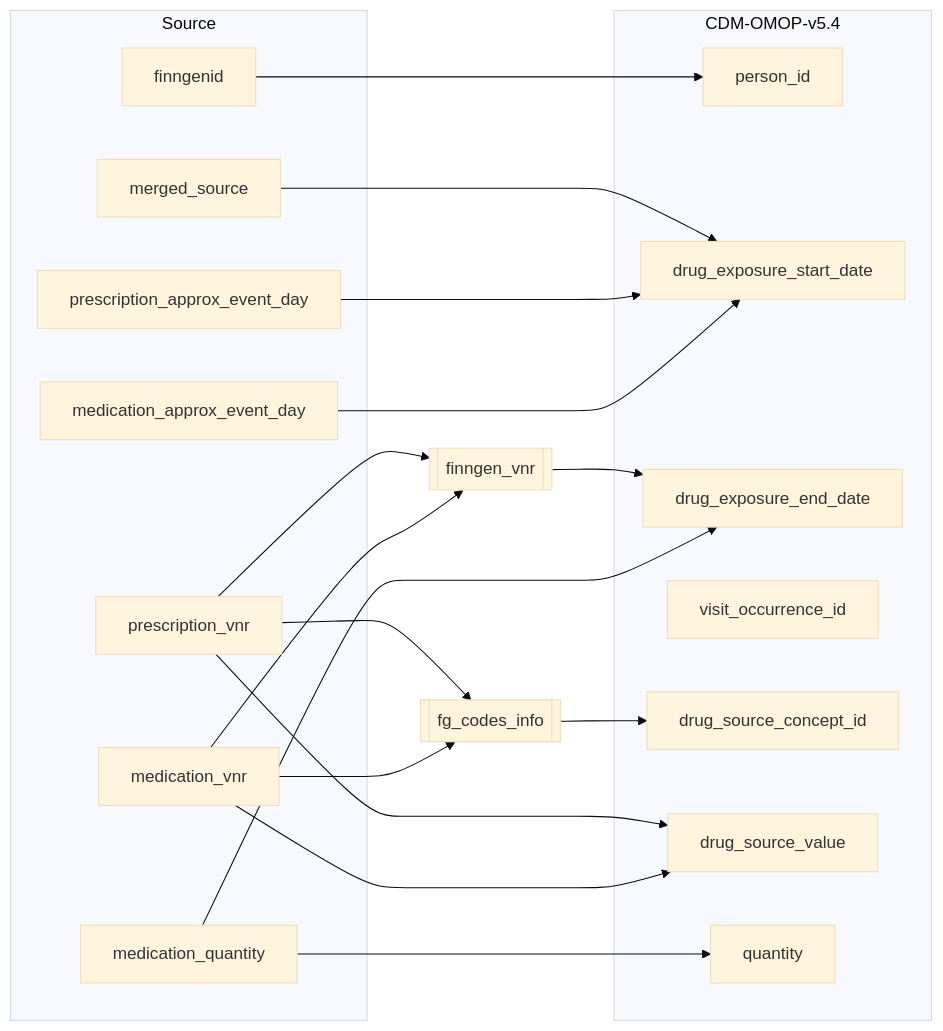
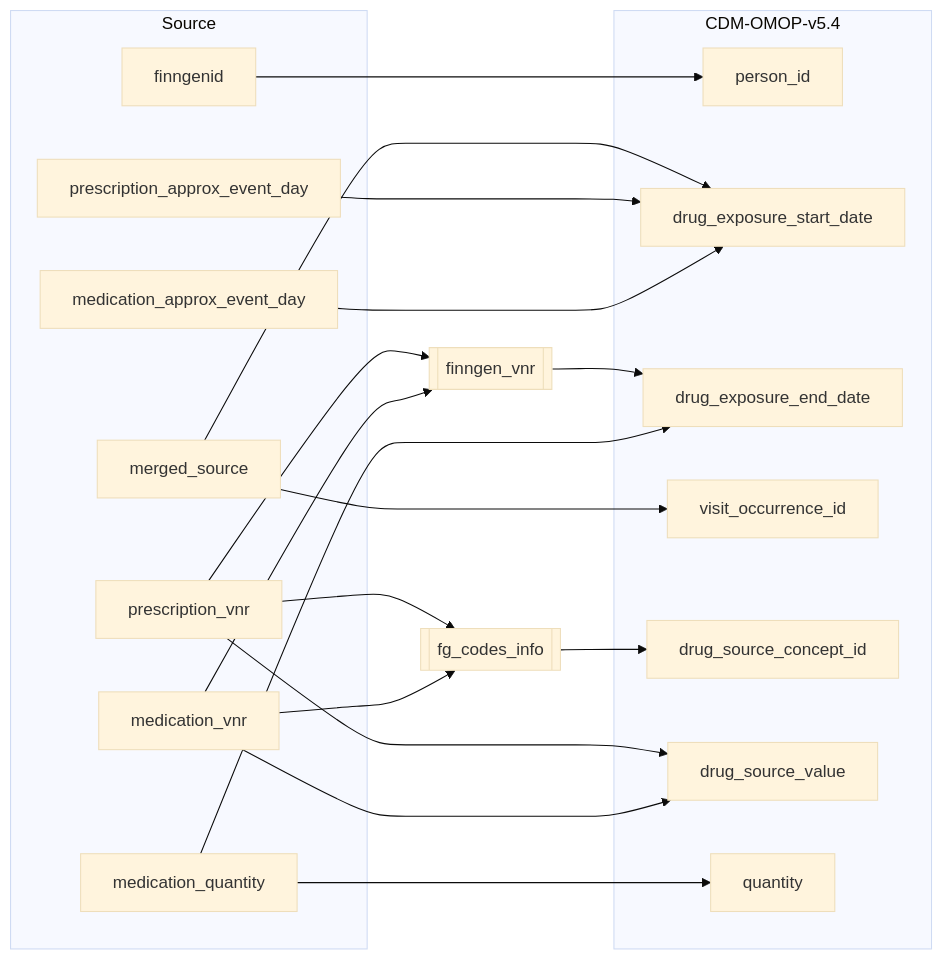
One commit to FINNGEN/ETL changed the diagram in 2_etl_specifications/documentation/drug_events_to_drug_exposure.md. Above: the diagram before and after it, drawn with Mermaid. The commit also changed other lines of this file and 19 other files, not shown here.

````diff
--- a/2_etl_specifications/documentation/drug_events_to_drug_exposure.md
+++ b/2_etl_specifications/documentation/drug_events_to_drug_exposure.md
@@ -10,47 +10,49 @@
 ```mermaid
 %%{init: {'theme': 'base' } }%%
 %%{init: {'theme': 'base' } }%%
 flowchart LR
     subgraph Source
         finngenid
         prescription_approx_event_day
         prescription_vnr
         medication_approx_event_day
         medication_vnr
         merged_source
         medication_quantity
     end
 
     fg_codes_info[[fg_codes_info]]
     finngen_vnr[[finngen_vnr]]
 
     subgraph CDM-OMOP-v5.4
         person_id
         drug_exposure_start_date
         drug_exposure_end_date
         visit_occurrence_id
         drug_source_concept_id
         drug_source_value
         quantity
     end
 
     finngenid-->person_id
     merged_source-->drug_exposure_start_date
     prescription_approx_event_day-->drug_exposure_start_date
     medication_approx_event_day-->drug_exposure_start_date
 
     prescription_vnr-->finngen_vnr
     medication_vnr-->finngen_vnr
     finngen_vnr-->drug_exposure_end_date
     medication_quantity-->drug_exposure_end_date
 
     medication_quantity-->quantity
         
     prescription_vnr-->fg_codes_info
     medication_vnr-->fg_codes_info
     fg_codes_info-->drug_source_concept_id
     
     prescription_vnr-->drug_source_value
     medication_vnr-->drug_source_value
 
+    merged_source-->visit_occurrence_id
+
 ```
````
